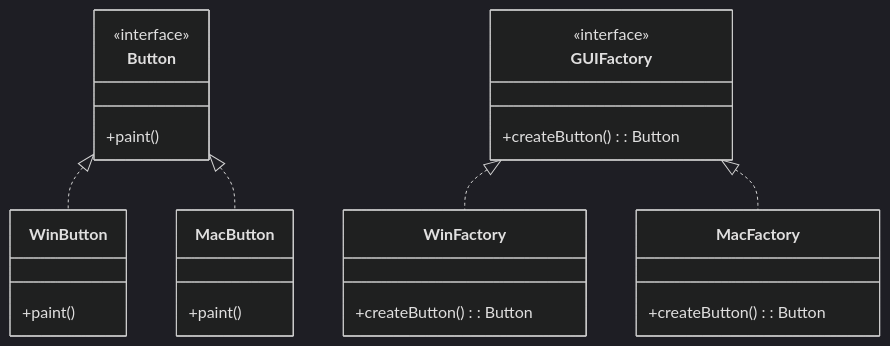
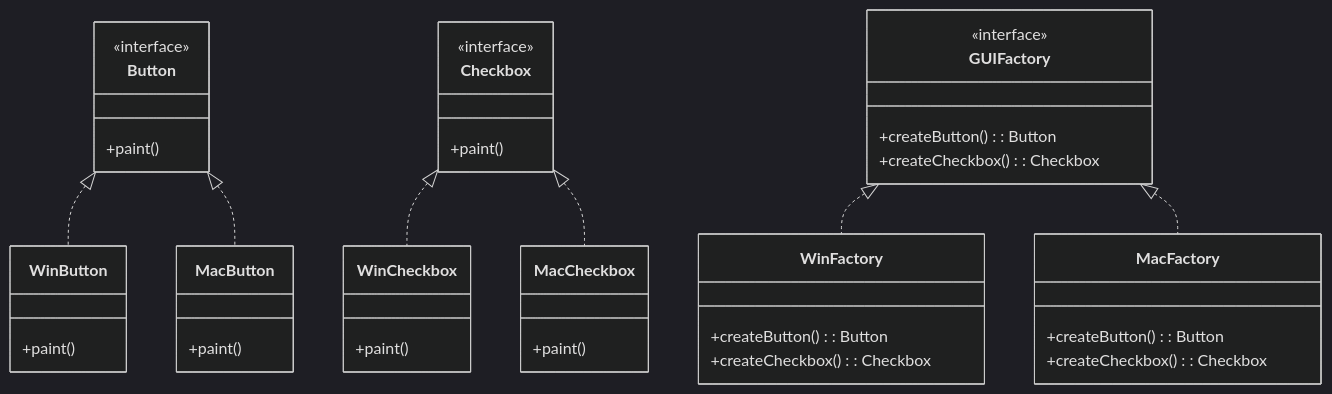
Before and after one commit to welldesignedsystem/welldesignedsystem.github.io: the third of 23 diagrams in content/english/blog/system_design/core_design_patterns.md, drawn with Mermaid (dark theme). The commit also changed other lines of this file and 1 other file, not shown here.

````diff
--- a/content/english/blog/system_design/core_design_patterns.md
+++ b/content/english/blog/system_design/core_design_patterns.md
@@ -153,27 +192,42 @@
 ```mermaid
 classDiagram
     class Button {
+        <<interface>>
+        +paint()
+    }
+    class Checkbox {
         <<interface>>
         +paint()
     }
     class WinButton {
         +paint()
     }
     class MacButton {
         +paint()
     }
+    class WinCheckbox {
+        +paint()
+    }
+    class MacCheckbox {
+        +paint()
+    }
     class GUIFactory {
         <<interface>>
         +createButton(): Button
+        +createCheckbox(): Checkbox
     }
     class WinFactory {
         +createButton(): Button
+        +createCheckbox(): Checkbox
     }
     class MacFactory {
         +createButton(): Button
+        +createCheckbox(): Checkbox
     }
     Button <|.. WinButton
     Button <|.. MacButton
+    Checkbox <|.. WinCheckbox
+    Checkbox <|.. MacCheckbox
     GUIFactory <|.. WinFactory
     GUIFactory <|.. MacFactory
 ```
````
